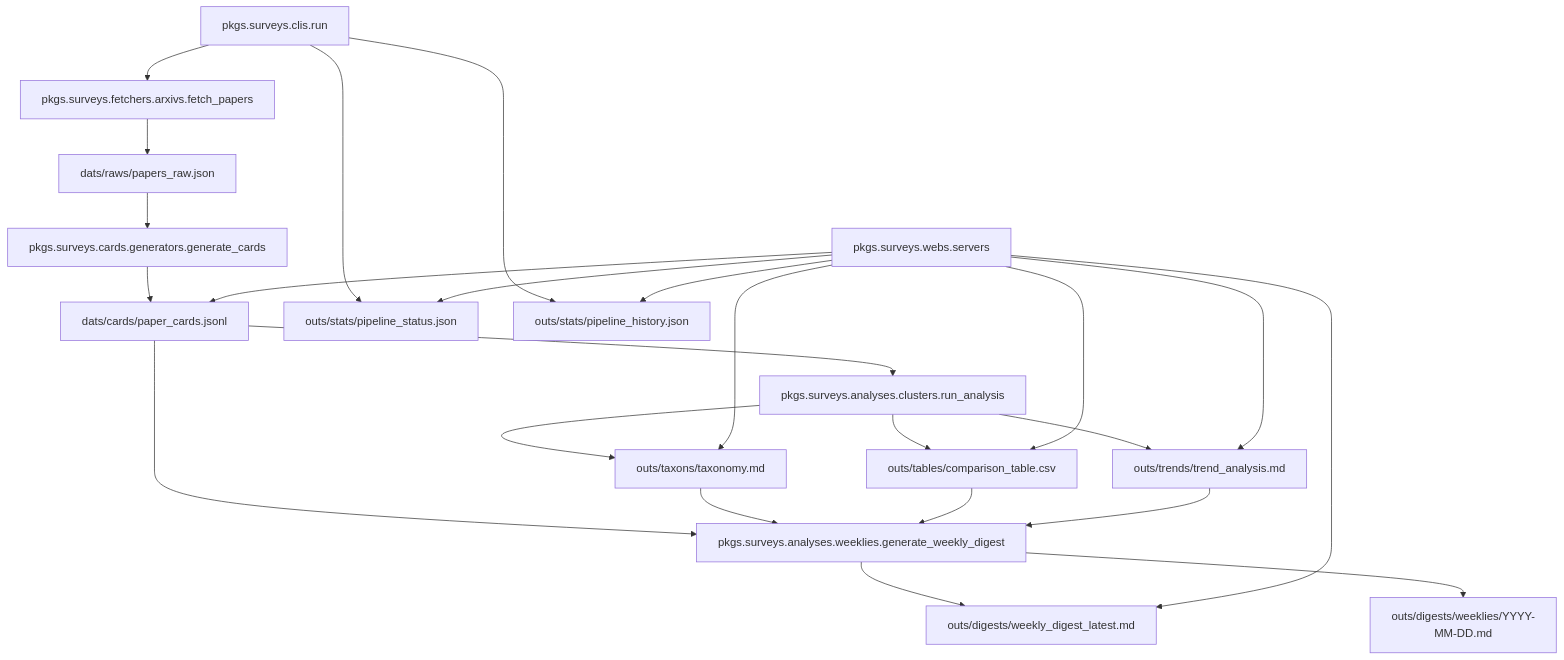
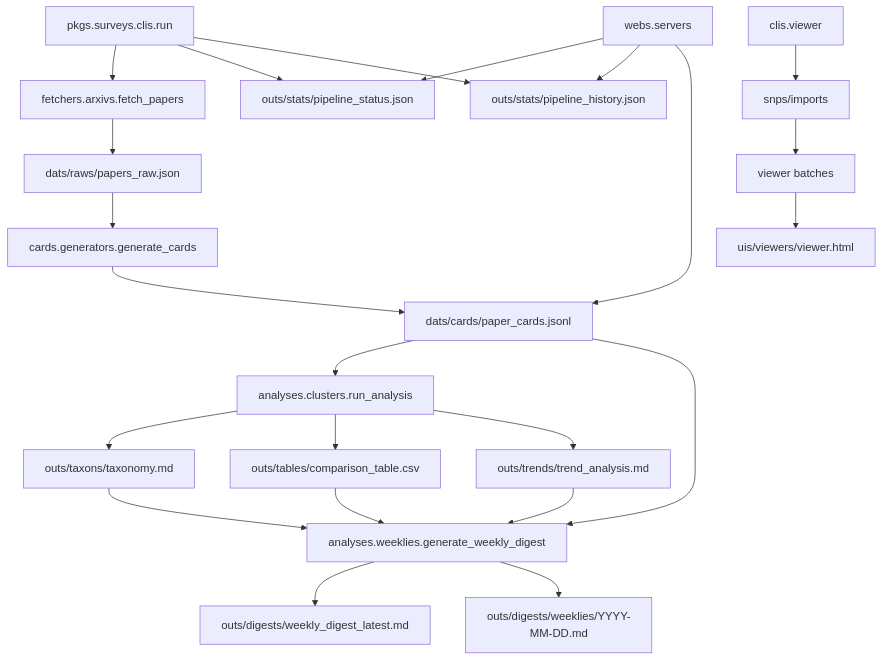
Before and after one commit to Diamondpocket/arXiv-literature-survey-system: the diagram in docs/analyses/project_analysis.md, drawn with Mermaid. The commit also changed other lines of this file and 22 other files, not shown here.

````diff
--- a/docs/analyses/project_analysis.md
+++ b/docs/analyses/project_analysis.md
@@ -236,26 +248,25 @@
 ```mermaid
 flowchart TD
-    A["pkgs.surveys.clis.run"] --> B["pkgs.surveys.fetchers.arxivs.fetch_papers"]
+    A["pkgs.surveys.clis.run"] --> B["fetchers.arxivs.fetch_papers"]
     B --> C["dats/raws/papers_raw.json"]
-    C --> D["pkgs.surveys.cards.generators.generate_cards"]
+    C --> D["cards.generators.generate_cards"]
     D --> E["dats/cards/paper_cards.jsonl"]
-    E --> F["pkgs.surveys.analyses.clusters.run_analysis"]
+    E --> F["analyses.clusters.run_analysis"]
     F --> G["outs/taxons/taxonomy.md"]
     F --> H["outs/tables/comparison_table.csv"]
     F --> I["outs/trends/trend_analysis.md"]
-    E --> J["pkgs.surveys.analyses.weeklies.generate_weekly_digest"]
+    E --> J["analyses.weeklies.generate_weekly_digest"]
     G --> J
     H --> J
     I --> J
     J --> K["outs/digests/weekly_digest_latest.md"]
     J --> L["outs/digests/weeklies/YYYY-MM-DD.md"]
     A --> M["outs/stats/pipeline_status.json"]
     A --> N["outs/stats/pipeline_history.json"]
-    O["pkgs.surveys.webs.servers"] --> M
+    O["webs.servers"] --> M
     O --> N
     O --> E
-    O --> G
-    O --> H
-    O --> I
-    O --> K
+    P["clis.viewer"] --> Q["snps/imports"]
+    Q --> R["viewer batches"]
+    R --> S["uis/viewers/viewer.html"]
 ```
````
